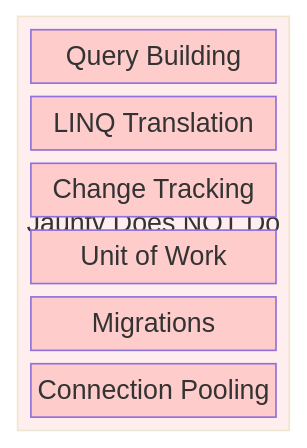
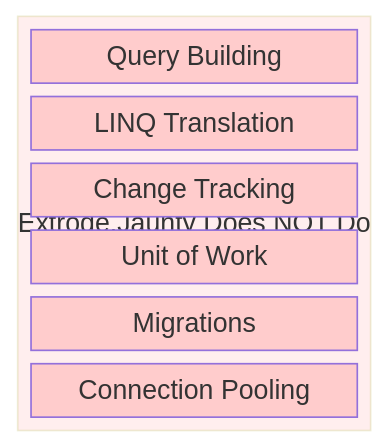
The second of 23 diagrams in docs/02-architecture/architecture-specification.md (extrode/jaunty), drawn with Mermaid before and after one commit. The commit also changed other lines of this file and 77 other files, not shown here.

First line of the commit message:
docs: update Extrode.Jaunty.* code references, add breaking-change note

````diff
--- a/docs/02-architecture/architecture-specification.md
+++ b/docs/02-architecture/architecture-specification.md
@@ -58,23 +58,23 @@
 ```mermaid
 block-beta
     columns 3
     space:1
-    block:nonGoals[" Jaunty Does NOT Do"]
+    block:nonGoals[" Extrode.Jaunty Does NOT Do"]
         columns 1
         qb["Query Building"]
         linq["LINQ Translation"]
         ct["Change Tracking"]
         ul["Unit of Work"]
         mig["Migrations"]
         cp["Connection Pooling"]
     end
     space:1
     
     style nonGoals fill:#fee
     style qb fill:#fcc
     style linq fill:#fcc
     style ct fill:#fcc
     style ul fill:#fcc
     style mig fill:#fcc
     style cp fill:#fcc
 ```
````
